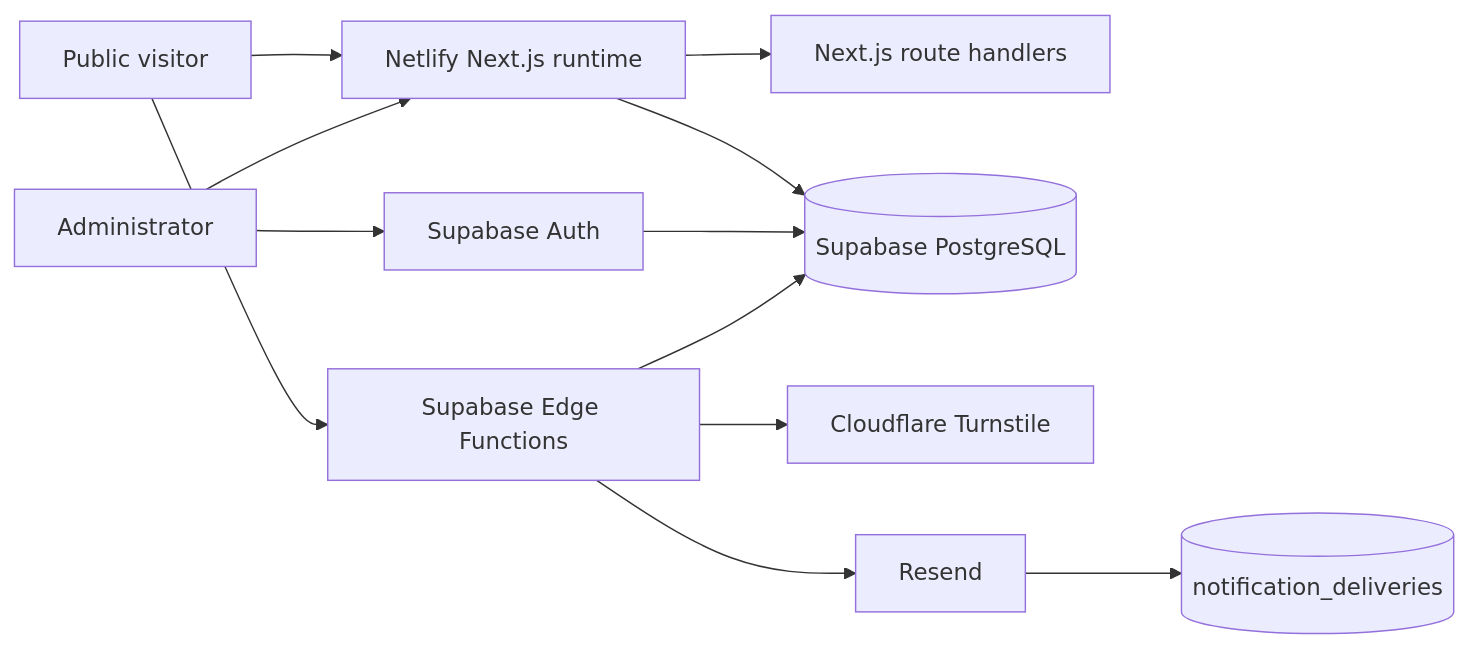
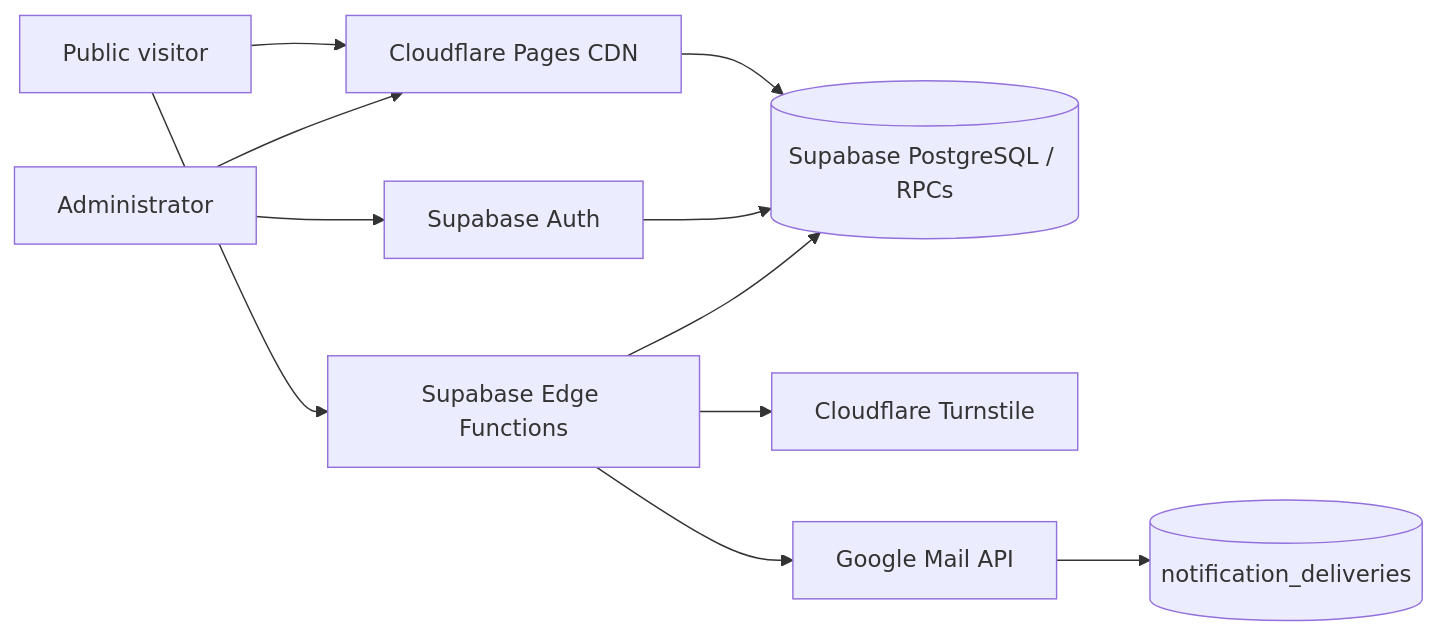
The first of 2 diagrams in docs/DEVELOPER_HANDOFF.md (oriensacademy/oriens-academy), drawn with Mermaid before and after one commit. The commit also changed other lines of this file and 12 other files, not shown here.

Commit message:
chore: remove netlify after cloudflare migration

````diff
--- a/docs/DEVELOPER_HANDOFF.md
+++ b/docs/DEVELOPER_HANDOFF.md
@@ -7,14 +7,13 @@
 ```mermaid
 flowchart LR
-  V[Public visitor] --> N[Netlify Next.js runtime]
-  A[Administrator] --> N
-  N --> RH[Next.js route handlers]
-  N --> SB[(Supabase PostgreSQL)]
+  V[Public visitor] --> CF[Cloudflare Pages CDN]
+  A[Administrator] --> CF
+  CF --> SB[(Supabase PostgreSQL / RPCs)]
   V --> EF[Supabase Edge Functions]
   A --> AU[Supabase Auth]
   AU --> SB
   EF --> TS[Cloudflare Turnstile]
   EF --> SB
-  EF --> RE[Resend]
-  RE --> ND[(notification_deliveries)]
+  EF --> GM[Google Mail API]
+  GM --> ND[(notification_deliveries)]
 ```
````
